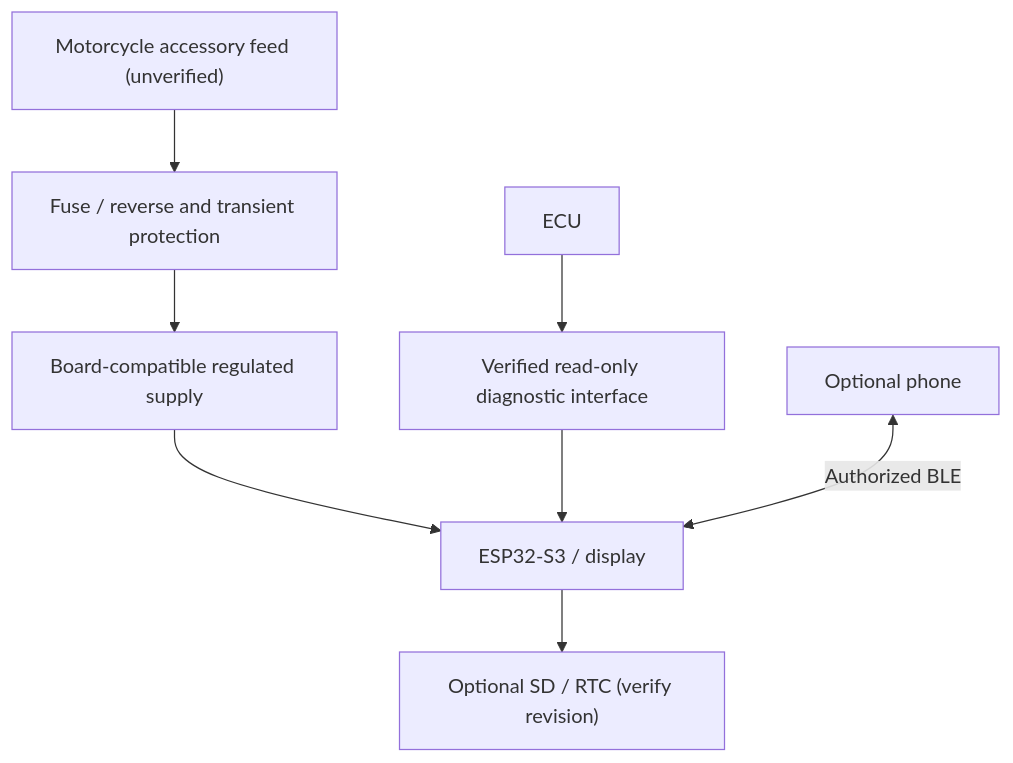
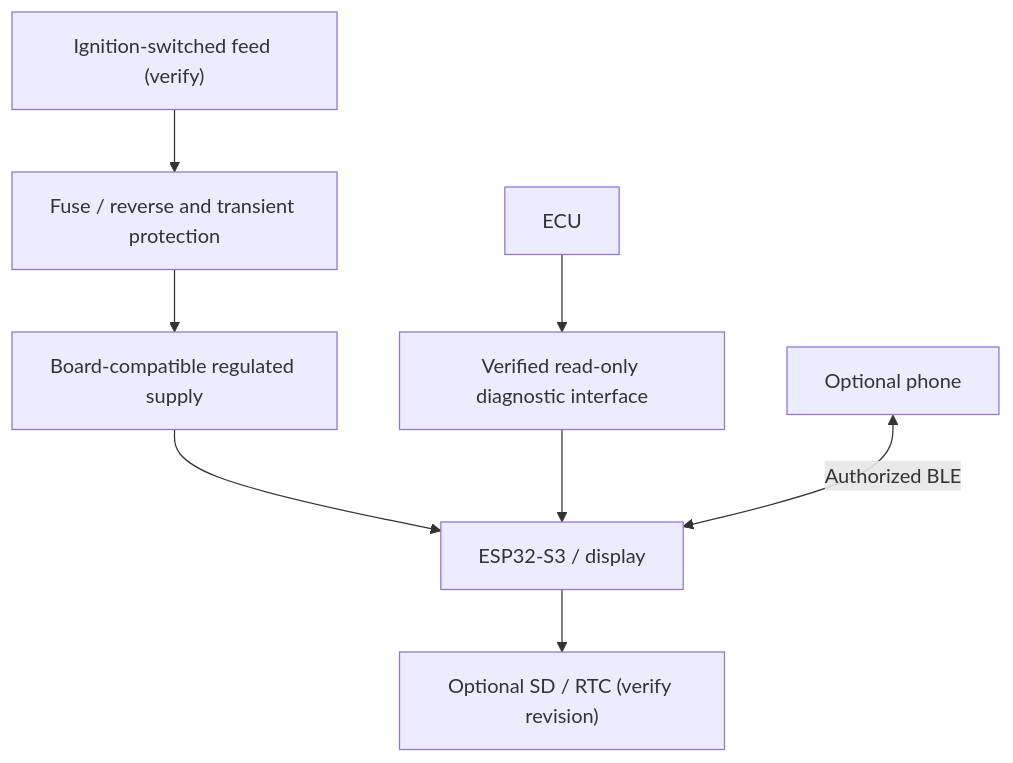
The first of 2 diagrams in docs/architecture.md (SumedhSankhe/interceptor650-mfd), drawn with Mermaid before and after one commit. The commit also changed other lines of this file and 32 other files, not shown here.

````diff
--- a/docs/architecture.md
+++ b/docs/architecture.md
@@ -7,10 +7,10 @@
 ```mermaid
 flowchart TB
-    BIKE["Motorcycle accessory feed (unverified)"] --> FUSE["Fuse / reverse and transient protection"]
+    BIKE["Ignition-switched feed (verify)"] --> FUSE["Fuse / reverse and transient protection"]
     FUSE --> DC["Board-compatible regulated supply"]
     DC --> MCU["ESP32-S3 / display"]
     ECU["ECU"] --> IFACE["Verified read-only diagnostic interface"]
     IFACE --> MCU
     PHONE["Optional phone"] <-->|"Authorized BLE"| MCU
     MCU --> SD["Optional SD / RTC (verify revision)"]
 ```
````
